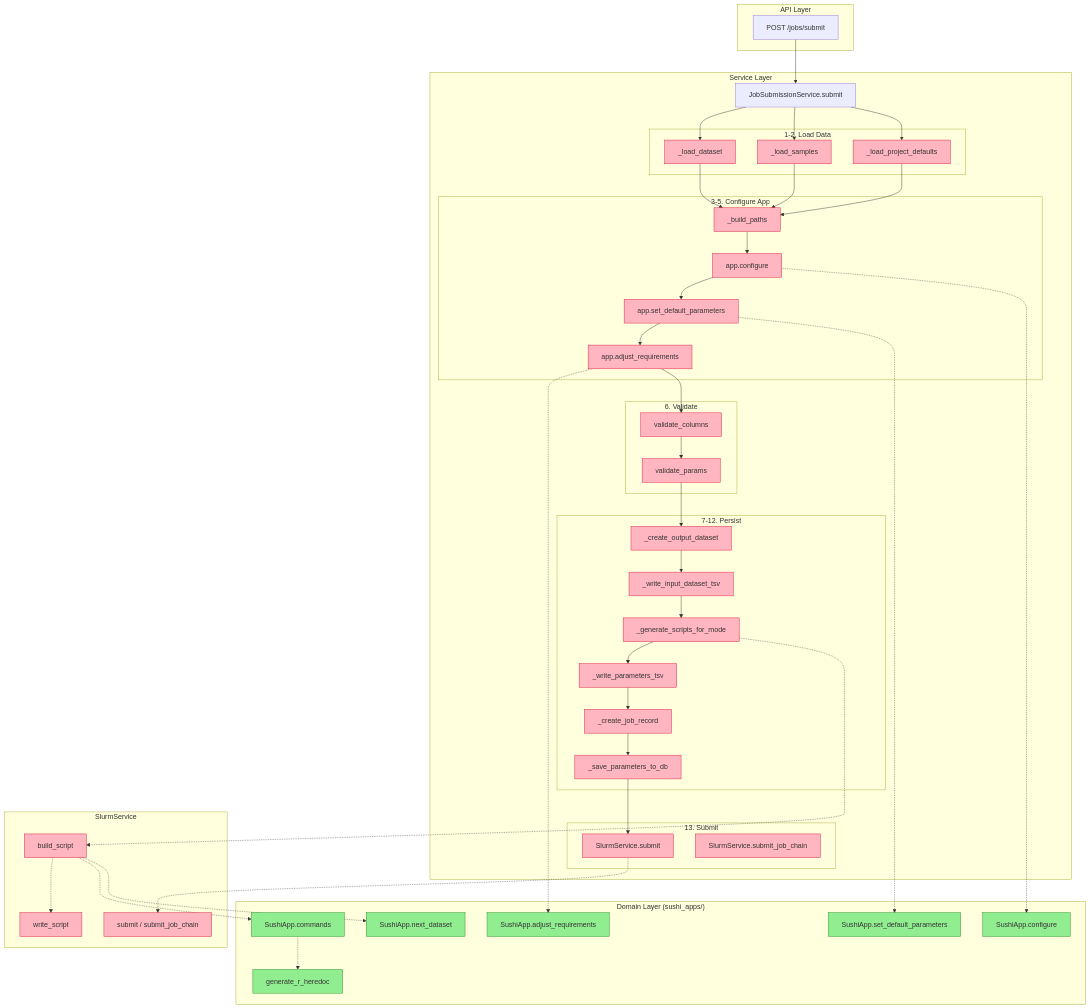
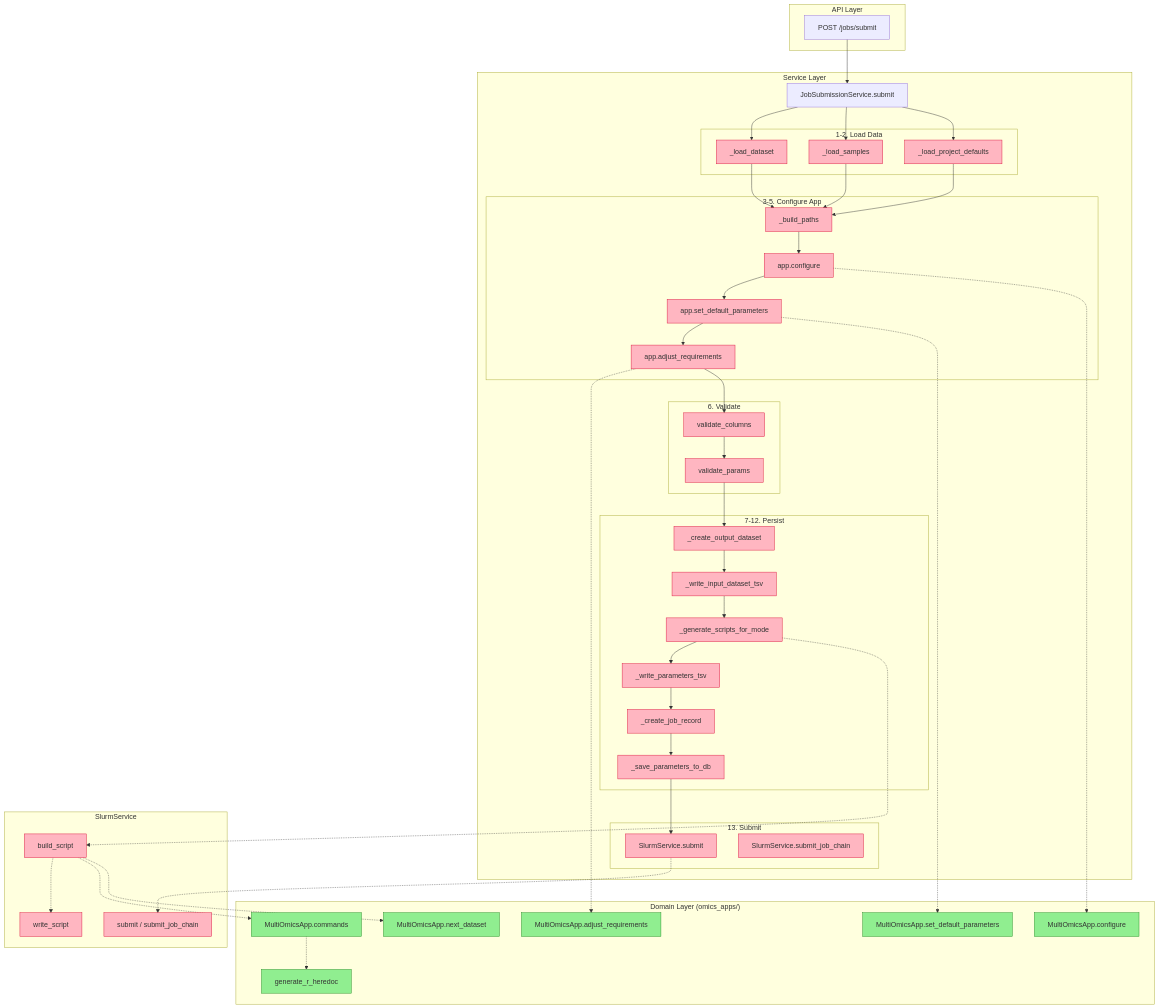
The first of 4 diagrams in backend_python/docs/submit_flow.md (fgcz/New_SUSHI_2025), drawn with Mermaid before and after one commit. The commit also changed other lines of this file and 65 other files, not shown here.

Commit message:
REBRAND OF SUSHI to MultiOmicsStudio

````diff
--- a/backend_python/docs/submit_flow.md
+++ b/backend_python/docs/submit_flow.md
@@ -5,79 +5,79 @@
 ```mermaid
 flowchart TD
     subgraph API["API Layer"]
         A[POST /jobs/submit]
     end
 
     subgraph Services["Service Layer"]
         B[JobSubmissionService.submit]
 
         subgraph Load["1-2. Load Data"]
             B1[_load_dataset]
             B2[_load_samples]
             B3[_load_project_defaults]
         end
 
         subgraph Configure["3-5. Configure App"]
             B4[_build_paths]
             B5[app.configure]
             B6[app.set_default_parameters]
             B7[app.adjust_requirements]
         end
 
         subgraph Validate["6. Validate"]
             V1[validate_columns]
             V2[validate_params]
         end
 
         subgraph Persist["7-12. Persist"]
             P1[_create_output_dataset]
             P2[_write_input_dataset_tsv]
             P3[_generate_scripts_for_mode]
             P4[_write_parameters_tsv]
             P5[_create_job_record]
             P6[_save_parameters_to_db]
         end
 
         subgraph Submit["13. Submit"]
             S1[SlurmService.submit]
             S2[SlurmService.submit_job_chain]
         end
     end
 
-    subgraph Domain["Domain Layer (sushi_apps/)"]
-        D1[SushiApp.configure]
-        D2[SushiApp.set_default_parameters]
-        D3[SushiApp.adjust_requirements]
-        D4[SushiApp.commands]
-        D5[SushiApp.next_dataset]
+    subgraph Domain["Domain Layer (omics_apps/)"]
+        D1[MultiOmicsApp.configure]
+        D2[MultiOmicsApp.set_default_parameters]
+        D3[MultiOmicsApp.adjust_requirements]
+        D4[MultiOmicsApp.commands]
+        D5[MultiOmicsApp.next_dataset]
         D6[generate_r_heredoc]
     end
 
     subgraph SLURM["SlurmService"]
         SL1[build_script]
         SL2[write_script]
         SL3[submit / submit_job_chain]
     end
 
     A --> B
     B --> B1 & B2 & B3
     B1 & B2 & B3 --> B4
     B4 --> B5 --> B6 --> B7
     B5 -.-> D1
     B6 -.-> D2
     B7 -.-> D3
     B7 --> V1 --> V2
     V2 --> P1 --> P2 --> P3
     P3 --> P4 --> P5 --> P6
     P3 -.-> SL1 -.-> SL2
     SL1 -.-> D4 -.-> D6
     SL1 -.-> D5
     P6 --> S1
     S1 -.-> SL3
 
     classDef implemented fill:#90EE90,stroke:#228B22
     classDef stub fill:#FFB6C1,stroke:#DC143C
 
     class D1,D2,D3,D4,D5,D6 implemented
     class B1,B2,B3,B4,B5,B6,B7,V1,V2,P1,P2,P3,P4,P5,P6,S1,S2,SL1,SL2,SL3 stub
 ```
````
